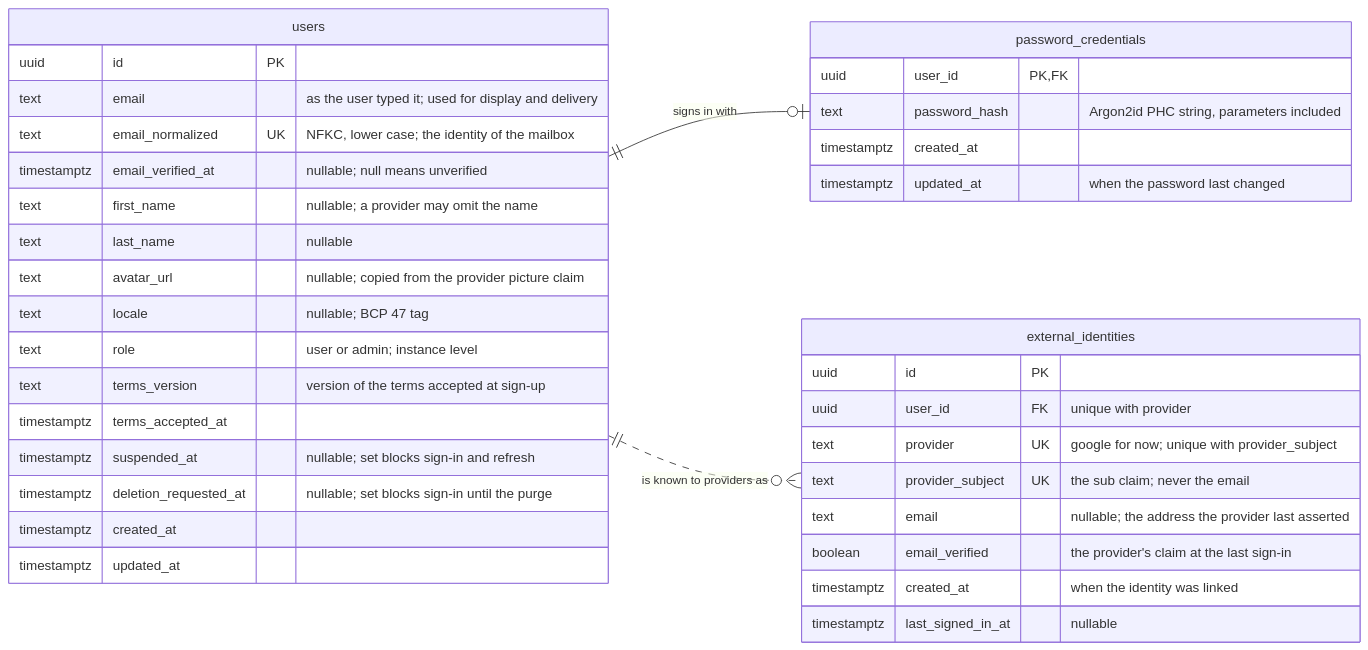
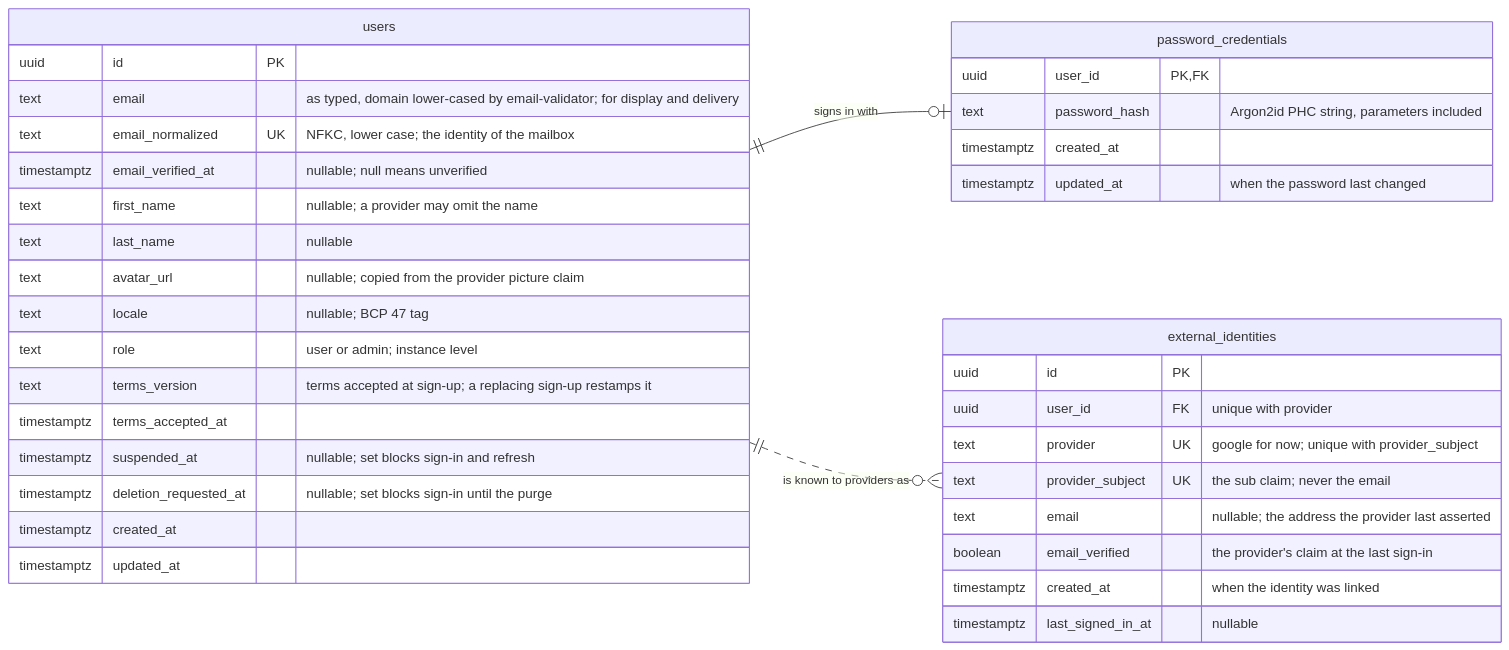
Before and after one commit to fam-tung-lam/job_status_found: the second of 5 diagrams in ai/specs/18_09_2026__auth/18_09_2026__auth-erd.md, drawn with Mermaid. The commit also changed other lines of this file and 119 other files, not shown here.

Commit message:
feat(backend): add email sign-up with verification code

````diff
--- a/ai/specs/18_09_2026__auth/18_09_2026__auth-erd.md
+++ b/ai/specs/18_09_2026__auth/18_09_2026__auth-erd.md
@@ -67,43 +67,43 @@
 ```mermaid
 erDiagram
     direction LR
 
     USER ||--o| PASSWORD_CREDENTIAL: "signs in with"
     USER ||..o{ EXTERNAL_IDENTITY: "is known to providers as"
 
     USER["users"] {
         uuid id PK
-        text email "as the user typed it; used for display and delivery"
+        text email "as typed, domain lower-cased by email-validator; for display and delivery"
         text email_normalized UK "NFKC, lower case; the identity of the mailbox"
         timestamptz email_verified_at "nullable; null means unverified"
         text first_name "nullable; a provider may omit the name"
         text last_name "nullable"
         text avatar_url "nullable; copied from the provider picture claim"
         text locale "nullable; BCP 47 tag"
         text role "user or admin; instance level"
-        text terms_version "version of the terms accepted at sign-up"
+        text terms_version "terms accepted at sign-up; a replacing sign-up restamps it"
         timestamptz terms_accepted_at
         timestamptz suspended_at "nullable; set blocks sign-in and refresh"
         timestamptz deletion_requested_at "nullable; set blocks sign-in until the purge"
         timestamptz created_at
         timestamptz updated_at
     }
 
     PASSWORD_CREDENTIAL["password_credentials"] {
         uuid user_id PK, FK
         text password_hash "Argon2id PHC string, parameters included"
         timestamptz created_at
         timestamptz updated_at "when the password last changed"
     }
 
     EXTERNAL_IDENTITY["external_identities"] {
         uuid id PK
         uuid user_id FK "unique with provider"
         text provider UK "google for now; unique with provider_subject"
         text provider_subject UK "the sub claim; never the email"
         text email "nullable; the address the provider last asserted"
         boolean email_verified "the provider's claim at the last sign-in"
         timestamptz created_at "when the identity was linked"
         timestamptz last_signed_in_at "nullable"
     }
 ```
````
